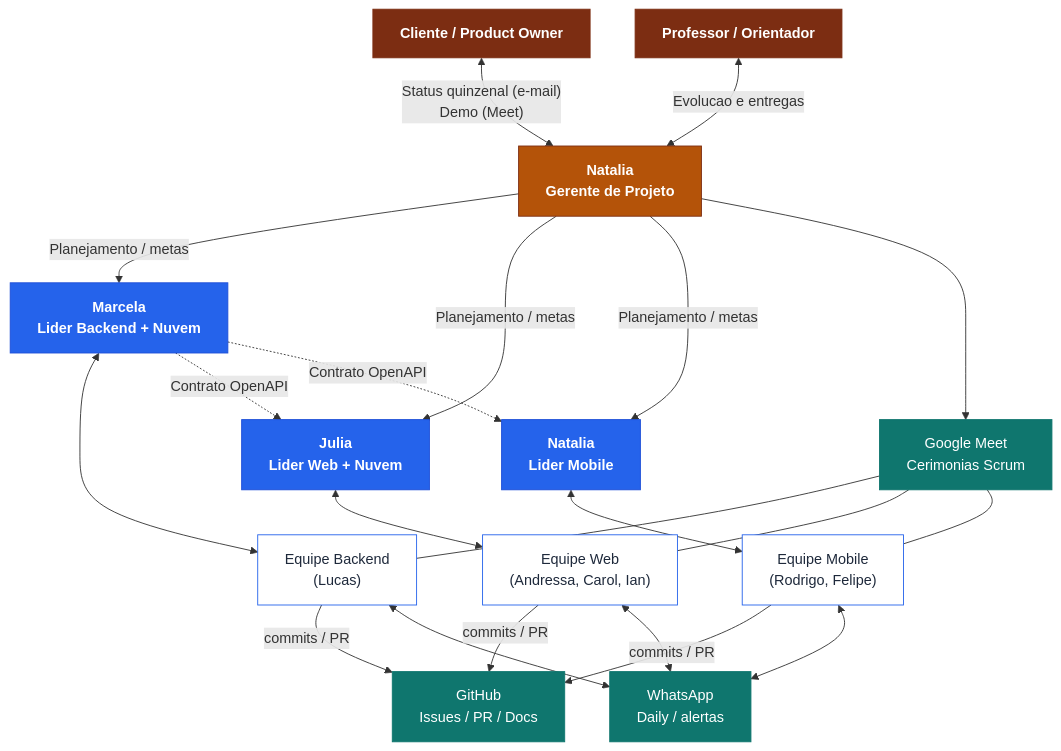
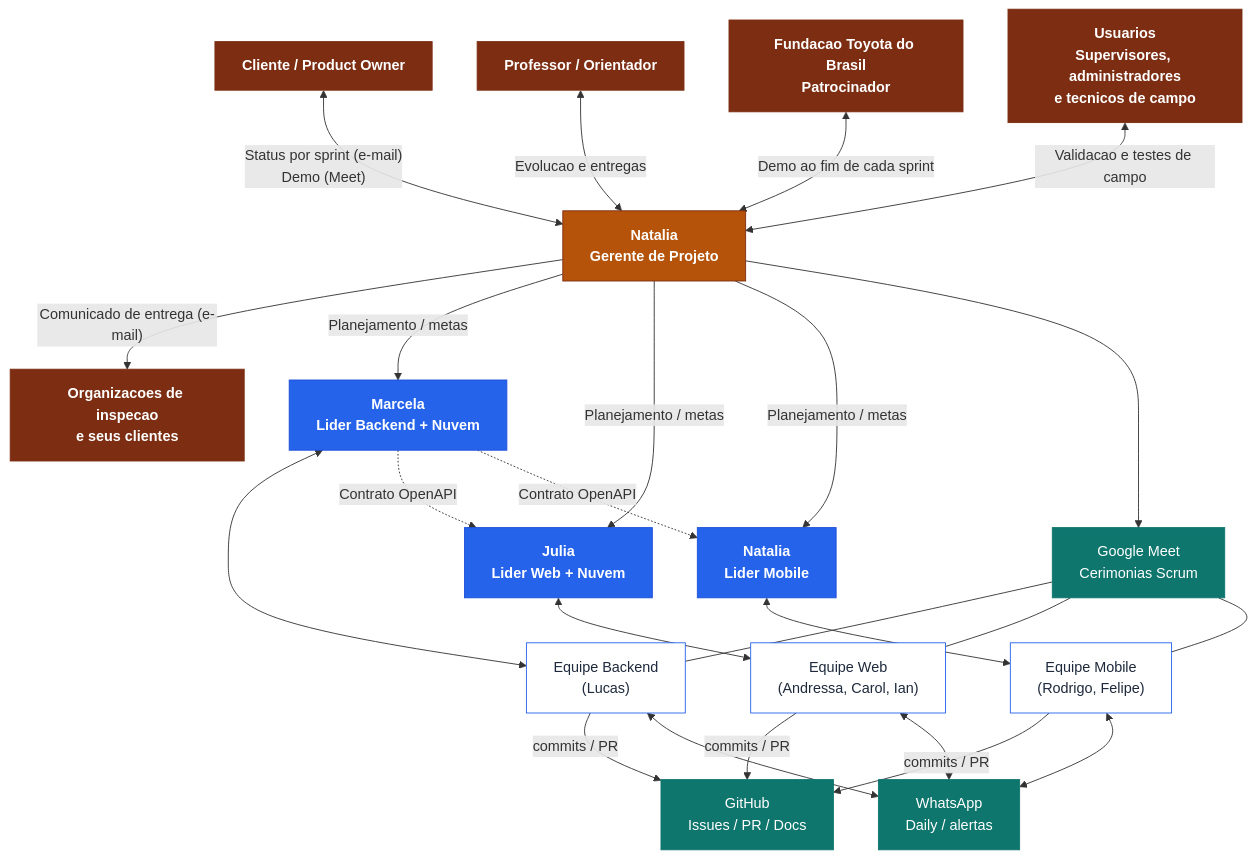
The diagram in aulas/06-18.09/plano-de-comunicacao.md (MarcelaMulato/gestao-de-projetos), drawn with Mermaid before and after one commit. The commit also changed other lines of this file and 8 other files, not shown here.

````diff
--- a/aulas/06-18.09/plano-de-comunicacao.md
+++ b/aulas/06-18.09/plano-de-comunicacao.md
@@ -49,57 +59,63 @@
 ```mermaid
 flowchart TD
+    SP["Fundacao Toyota do Brasil<br/>Patrocinador"]
     PO["Cliente / Product Owner"]
     ORI["Professor / Orientador"]
+    ORG["Organizacoes de inspecao<br/>e seus clientes"]
+    USR["Usuarios<br/>Supervisores, administradores<br/>e tecnicos de campo"]
     GP["Natalia<br/>Gerente de Projeto"]
 
     LB["Marcela<br/>Lider Backend + Nuvem"]
     LW["Julia<br/>Lider Web + Nuvem"]
     LM["Natalia<br/>Lider Mobile"]
 
     EQB["Equipe Backend<br/>(Lucas)"]
     EQW["Equipe Web<br/>(Andressa, Carol, Ian)"]
     EQM["Equipe Mobile<br/>(Rodrigo, Felipe)"]
 
     GH["GitHub<br/>Issues / PR / Docs"]
     WPP["WhatsApp<br/>Daily / alertas"]
     MEET["Google Meet<br/>Cerimonias Scrum"]
 
-    PO <-->|"Status quinzenal (e-mail)<br/>Demo (Meet)"| GP
+    PO <-->|"Status por sprint (e-mail)<br/>Demo (Meet)"| GP
     ORI <-->|"Evolucao e entregas"| GP
+    SP <-->|"Demo ao fim de cada sprint"| GP
+    GP -->|"Comunicado de entrega (e-mail)"| ORG
+    USR <-->|"Validacao e testes de campo"| GP
 
     GP -->|"Planejamento / metas"| LB
     GP -->|"Planejamento / metas"| LW
     GP -->|"Planejamento / metas"| LM
 
     LB <--> EQB
     LW <--> EQW
     LM <--> EQM
 
     LB -.->|"Contrato OpenAPI"| LW
     LB -.->|"Contrato OpenAPI"| LM
 
     EQB -->|"commits / PR"| GH
     EQW -->|"commits / PR"| GH
     EQM -->|"commits / PR"| GH
 
     EQB <--> WPP
     EQW <--> WPP
     EQM <--> WPP
 
     GP --> MEET
     MEET --- EQB
     MEET --- EQW
     MEET --- EQM
 
     classDef ext fill:#7C2D12,stroke:#7C2D12,color:#fff,font-weight:bold;
     classDef gp fill:#B45309,stroke:#7C2D12,color:#fff,font-weight:bold;
     classDef lider fill:#2563EB,stroke:#1D4ED8,color:#fff,font-weight:bold;
     classDef eq fill:#FFFFFF,stroke:#2563EB,color:#1E293B;
     classDef canal fill:#0F766E,stroke:#0F766E,color:#fff;
 
-    class PO,ORI ext;
+    class SP,PO,ORI,ORG,USR ext;
     class GP gp;
     class LB,LW,LM lider;
     class EQB,EQW,EQM eq;
     class GH,WPP,MEET canal;
 ```
````
